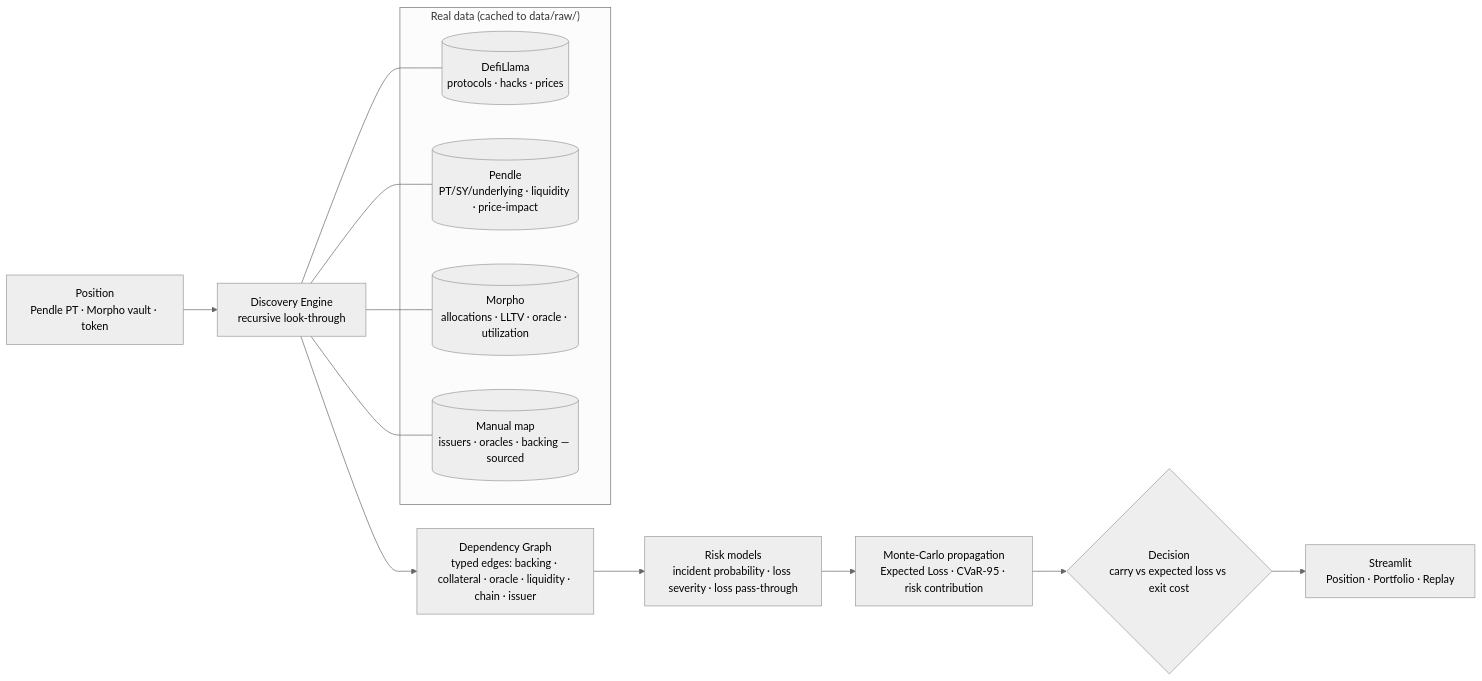
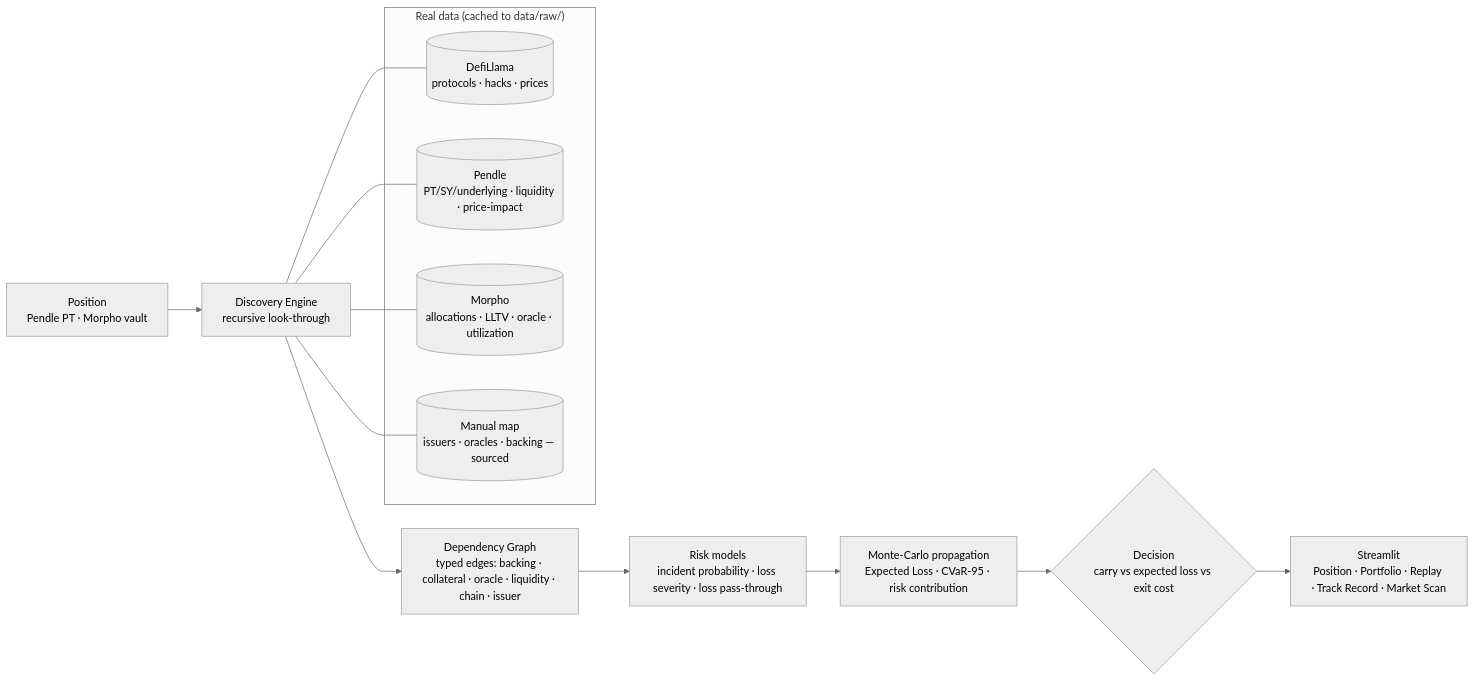
One commit to adamew1/blast-radius changed the diagram in README.md. Above: the diagram before and after it, drawn with Mermaid (neutral theme). The commit also changed other lines of this file and 16 other files, not shown here.

````diff
--- a/README.md
+++ b/README.md
@@ -43,16 +45,16 @@
 ```mermaid
 flowchart LR
-  P["Position<br/>Pendle PT · Morpho vault · token"] --> E["Discovery Engine<br/>recursive look-through"]
+  P["Position<br/>Pendle PT · Morpho vault"] --> E["Discovery Engine<br/>recursive look-through"]
   subgraph SRC["Real data (cached to data/raw/)"]
     D[("DefiLlama<br/>protocols · hacks · prices")]
     PE[("Pendle<br/>PT/SY/underlying · liquidity · price-impact")]
     M[("Morpho<br/>allocations · LLTV · oracle · utilization")]
     MM[("Manual map<br/>issuers · oracles · backing — sourced")]
   end
   E --- D & PE & M & MM
   E --> G["Dependency Graph<br/>typed edges: backing · collateral · oracle · liquidity · chain · issuer"]
   G --> MOD["Risk models<br/>incident probability · loss severity · loss pass-through"]
   MOD --> MC["Monte-Carlo propagation<br/>Expected Loss · CVaR-95 · risk contribution"]
   MC --> DEC{"Decision<br/>carry vs expected loss vs exit cost"}
-  DEC --> UI["Streamlit<br/>Position · Portfolio · Replay"]
+  DEC --> UI["Streamlit<br/>Position · Portfolio · Replay · Track Record · Market Scan"]
 ```
````
